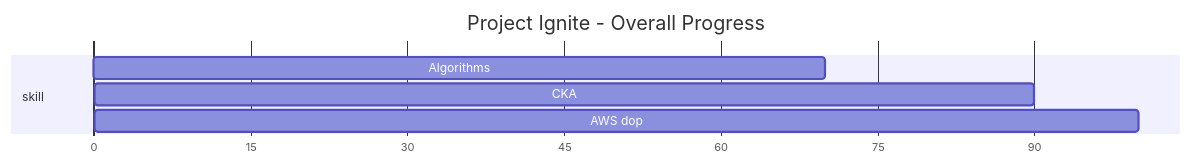
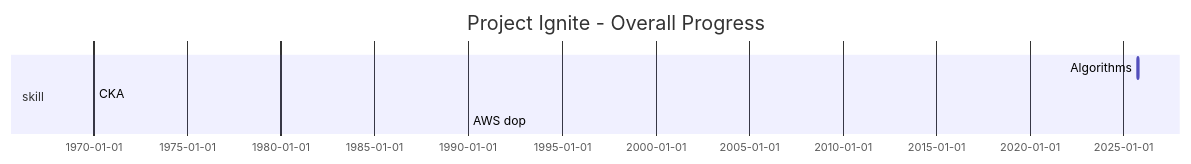
Before and after one commit to Navdeep-Singh-Ghotra/ignite: the second of 2 diagrams in README.md, drawn with Mermaid.

Commit message:
adding mermaid template for gantt

````diff
--- a/README.md
+++ b/README.md
@@ -34,10 +34,9 @@
 ```mermaid
 gantt
     title Project Ignite - Overall Progress
-    dateFormat  X
-    axisFormat %s%
+    dateFormat  DD-MM-YYYY
     section skill
-    Algorithms       : 0, 70
+    Algorithms       : a1, 05-10-2025, 20d
     CKA      : 70, 90
     AWS dop       : 90, 100
 ```
````
